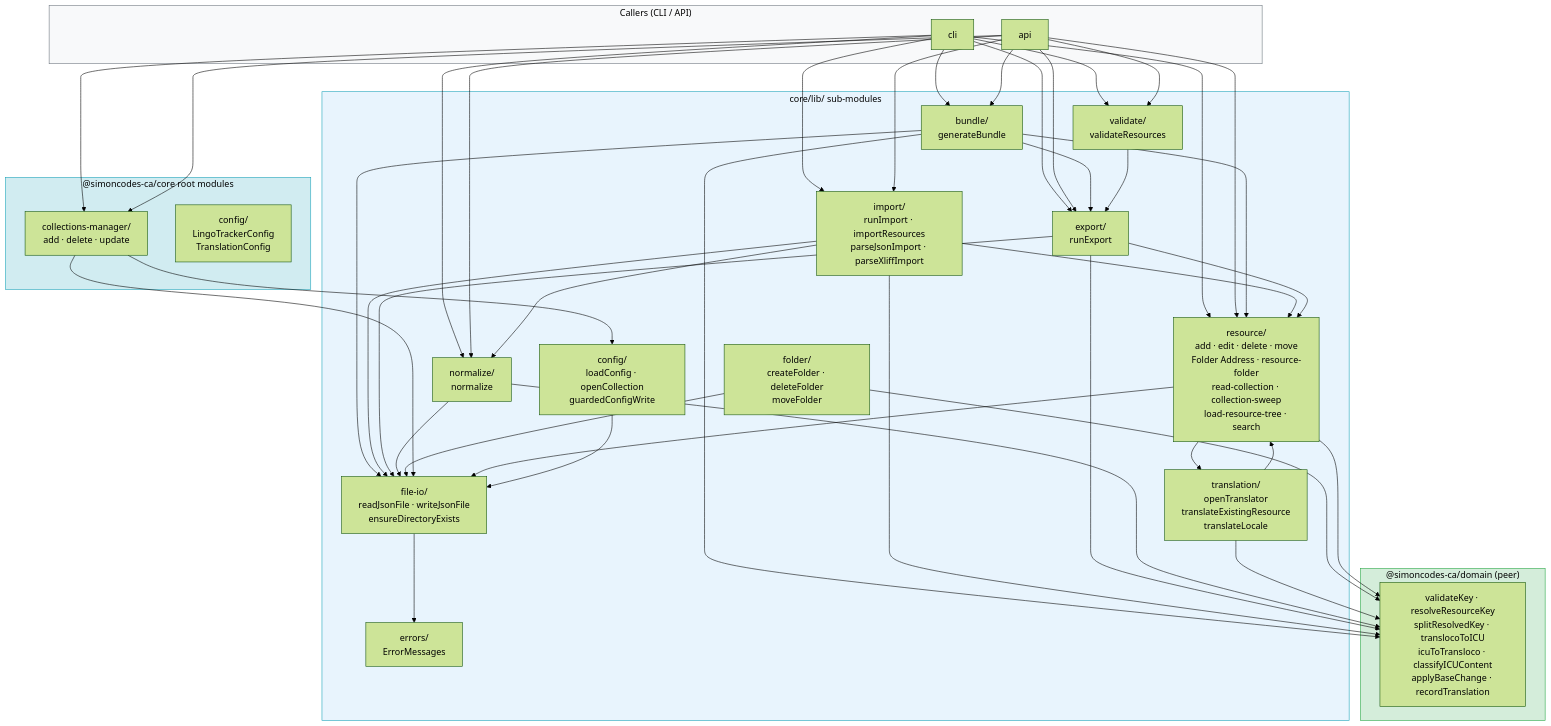
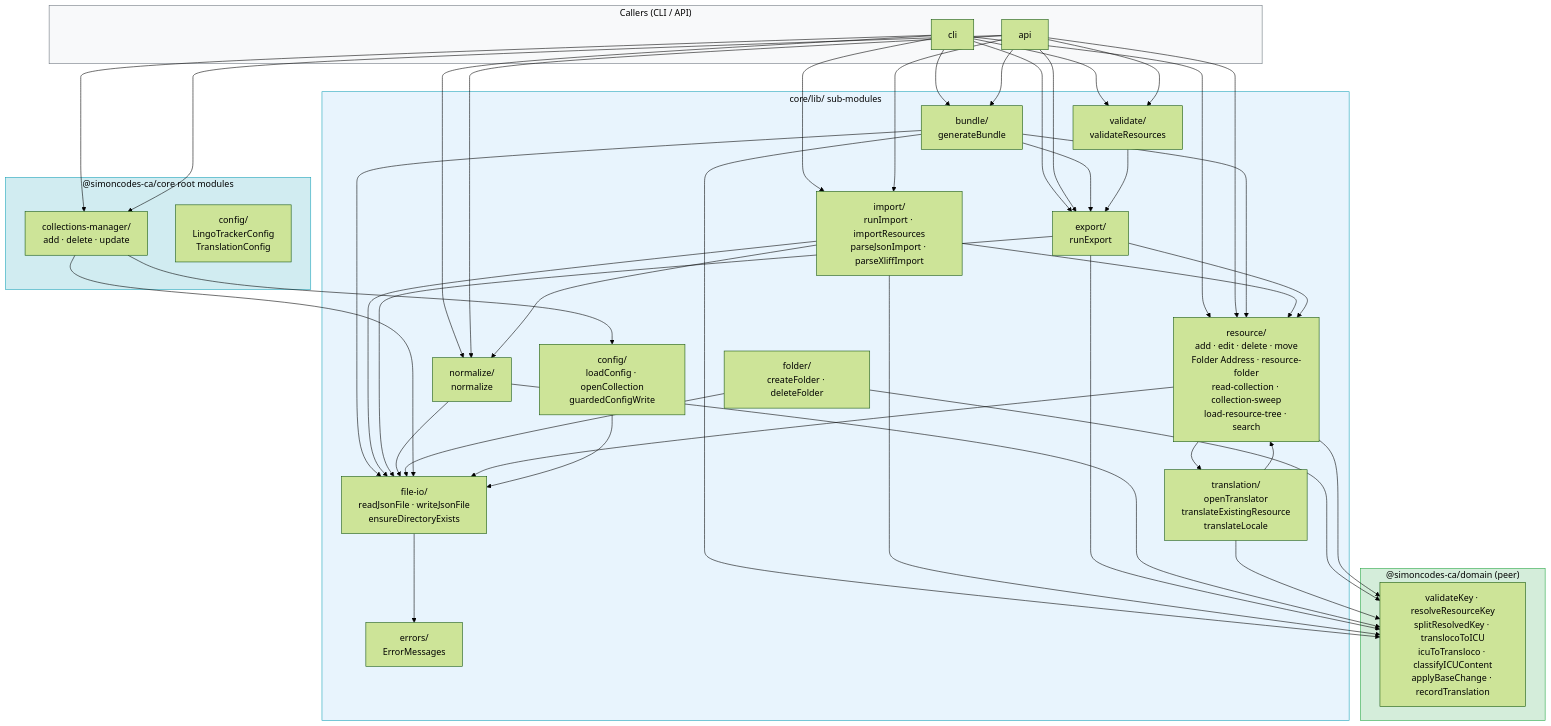
The first of 2 diagrams in architecture-docs/core-library.md (SimonNodel-AI/lingo-tracker), drawn with Mermaid (forest theme) before and after one commit. The commit also changed other lines of this file and 35 other files, not shown here.

```diff
--- a/architecture-docs/core-library.md
+++ b/architecture-docs/core-library.md
@@ -190,7 +189,7 @@
         VALIDATE["validate/\nvalidateResources"]
         NORMALIZE["normalize/\nnormalize"]
         TRANSLATION["translation/\nopenTranslator\ntranslateExistingResource\ntranslateLocale"]
-        FOLDER["folder/\ncreateFolder · deleteFolder\nmoveFolder"]
+        FOLDER["folder/\ncreateFolder · deleteFolder"]
         FILEIO["file-io/\nreadJsonFile · writeJsonFile\nensureDirectoryExists"]
         CONFIG_LIB["config/\nloadConfig · openCollection\nguardedConfigWrite"]
         ERRORS["errors/\nErrorMessages"]
```
